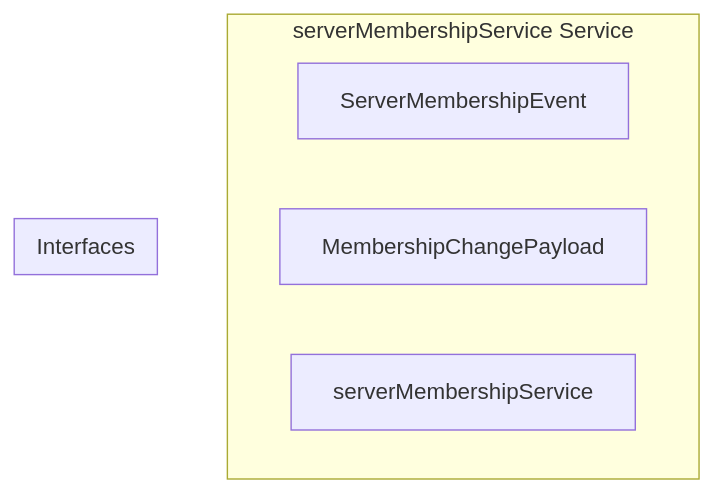
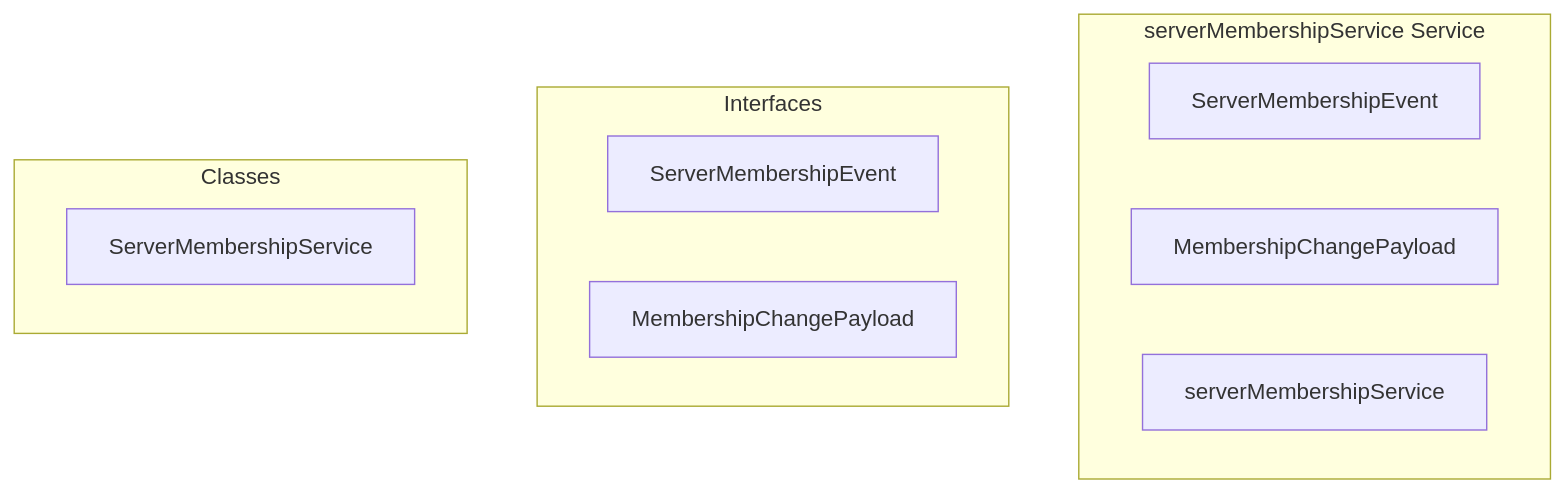
Before and after one commit to y4my4my4m/harmony: the diagram in docs/api/services/servermembershipservice.md, drawn with Mermaid. The commit also changed other lines of this file and 350 other files, not shown here.

````diff
--- a/docs/api/services/servermembershipservice.md
+++ b/docs/api/services/servermembershipservice.md
@@ -7,16 +7,18 @@
 ```mermaid
 graph TB
     subgraph "serverMembershipService Service"
         SERVERMEMBERSHIPEVENT[ServerMembershipEvent]
         MEMBERSHIPCHANGEPAYLOAD[MembershipChangePayload]
         SERVERMEMBERSHIPSERVICE[ServerMembershipService]
         SERVERMEMBERSHIPSERVICE[serverMembershipService]
     end
     
+    subgraph "Interfaces"
+        INT_SERVERMEMBERSHIPEVENT[ServerMembershipEvent]
+        INT_MEMBERSHIPCHANGEPAYLOAD[MembershipChangePayload]
+    end
     
-    
-    subgraph "Interfaces"
-        SERVERMEMBERSHIPEVENT[ServerMembershipEvent]
-        MEMBERSHIPCHANGEPAYLOAD[MembershipChangePayload]
+    subgraph "Classes"
+        CLS_SERVERMEMBERSHIPSERVICE[ServerMembershipService]
     end
 ```
````
